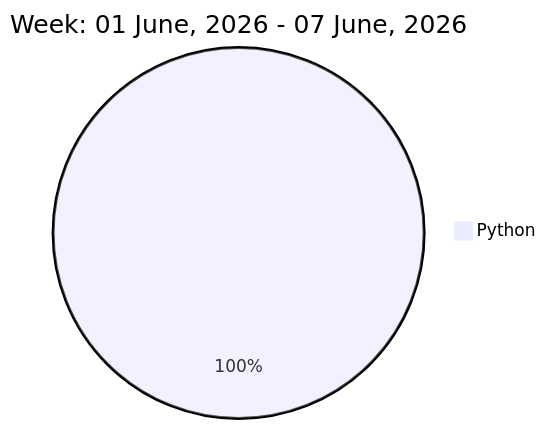
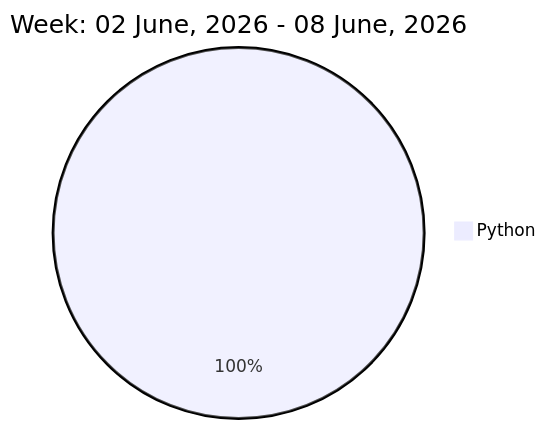
Before and after one commit to liubin95/liubin95: the diagram in README.md, drawn with Mermaid.

Commit message:
Updated the Graph with new Metrics

````diff
--- a/README.md
+++ b/README.md
@@ -32,5 +32,5 @@
 ```mermaid
  pie
-title Week: 01 June, 2026 - 07 June, 2026
- "Python" : 12.65
+title Week: 02 June, 2026 - 08 June, 2026
+ "Python" : 12.15
 ```
````
